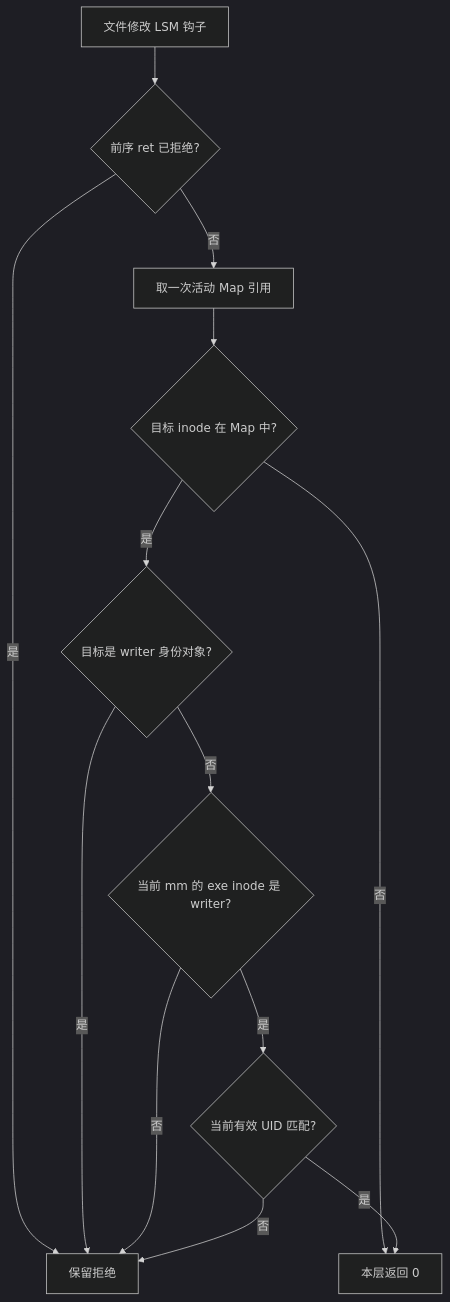
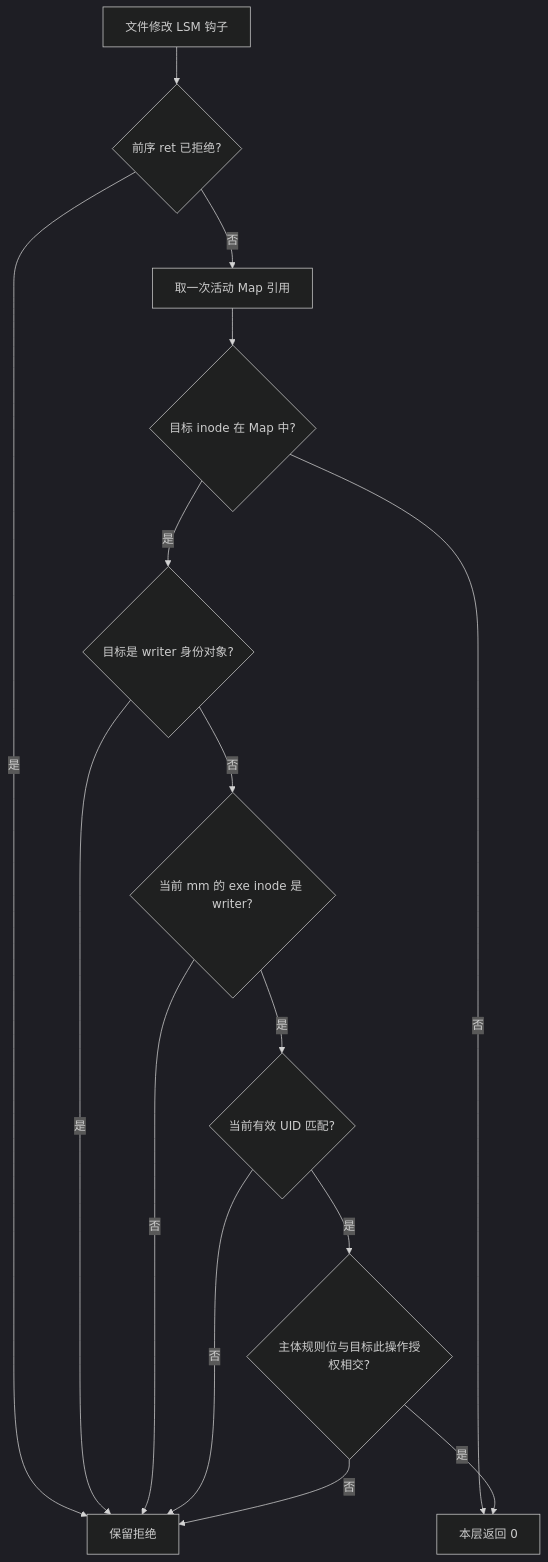
Before and after one commit to once512/SysMon-eBPF: the diagram in docs/WRITER_IDENTITY.md, drawn with Mermaid (dark theme). The commit also changed other lines of this file and 28 other files, not shown here.

````diff
--- a/docs/WRITER_IDENTITY.md
+++ b/docs/WRITER_IDENTITY.md
@@ -43,15 +62,17 @@
 ```mermaid
 flowchart TD
     H[文件修改 LSM 钩子] --> R{前序 ret 已拒绝?}
     R -->|是| D[保留拒绝]
     R -->|否| S[取一次活动 Map 引用]
     S --> T{目标 inode 在 Map 中?}
     T -->|否| A[本层返回 0]
     T -->|是| I{目标是 writer 身份对象?}
     I -->|是| D
     I -->|否| W{当前 mm 的 exe inode 是 writer?}
     W -->|否| D
     W -->|是| U{当前有效 UID 匹配?}
     U -->|否| D
-    U -->|是| A
+    U -->|是| G{主体规则位与目标此操作授权相交?}
+    G -->|否| D
+    G -->|是| A
 ```
````
